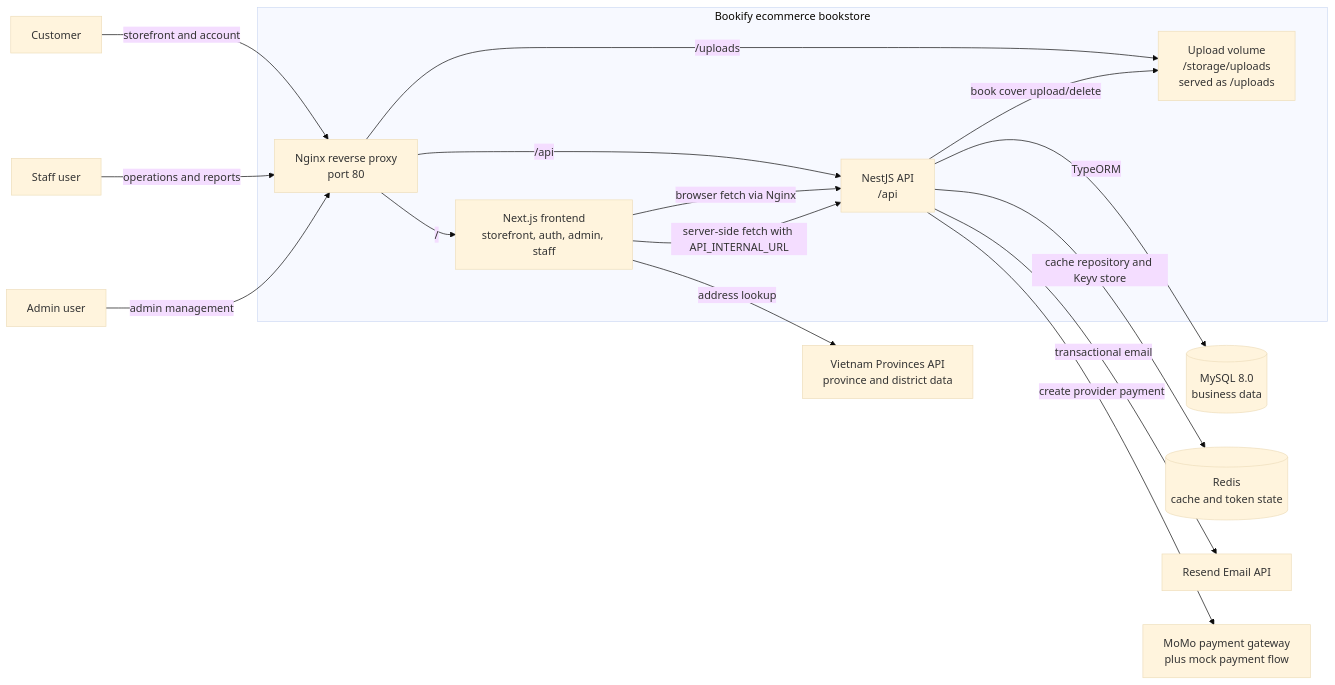
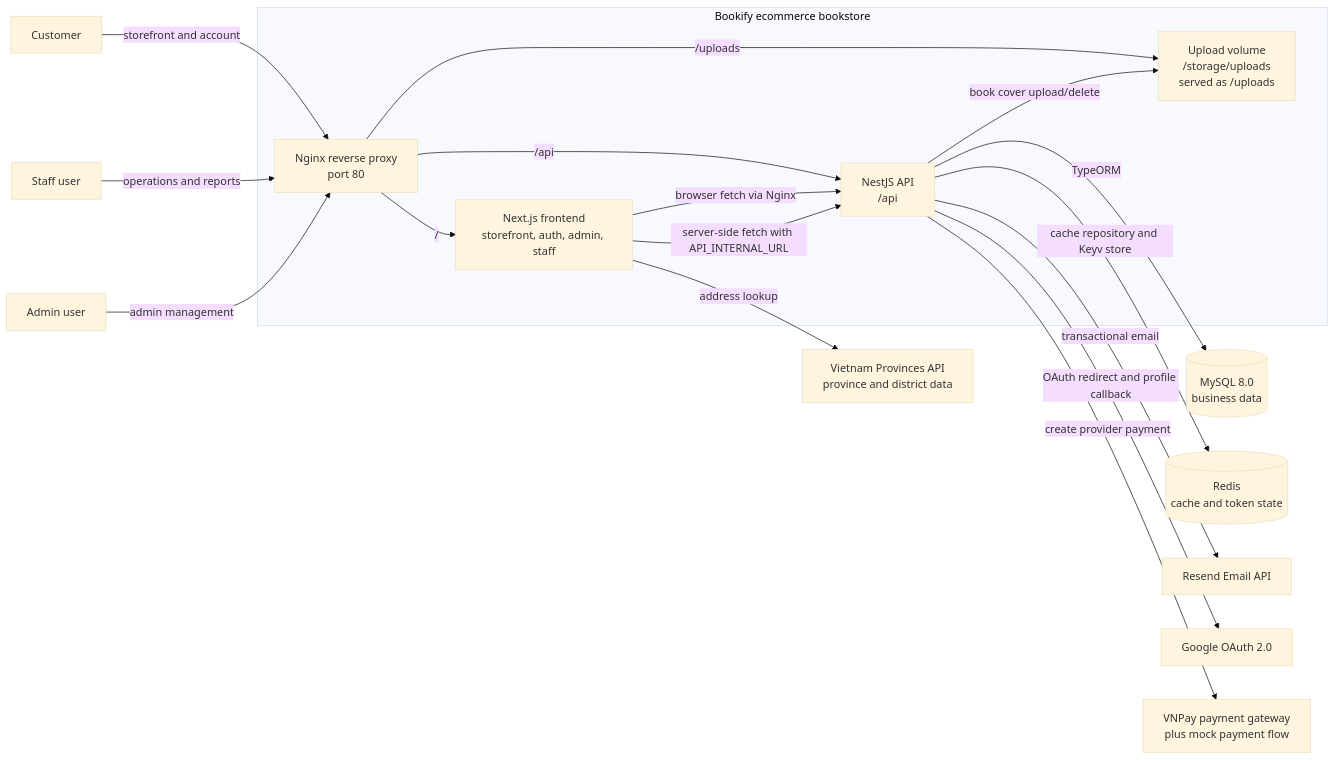
The diagram in docs/architecture/system-context-diagram.md (pham-dinh-thai/bookify-ecommerce-bookstore), drawn with Mermaid (base theme) before and after one commit. The commit also changed 9 other files, not shown here.

Commit message:
feat(oauth): update documentation and environment for Google OAuth integration; replace MoMo references with VNPay in payment flows

````diff
--- a/docs/architecture/system-context-diagram.md
+++ b/docs/architecture/system-context-diagram.md
@@ -7,37 +7,39 @@
 ```mermaid
 flowchart LR
   Customer["Customer"]
   Staff["Staff user"]
   Admin["Admin user"]
 
   subgraph Bookify["Bookify ecommerce bookstore"]
     Nginx["Nginx reverse proxy\nport 80"]
     Frontend["Next.js frontend\nstorefront, auth, admin, staff"]
     Backend["NestJS API\n/api"]
     Uploads["Upload volume\n/storage/uploads\nserved as /uploads"]
   end
 
   MySQL[("MySQL 8.0\nbusiness data")]
   Redis[("Redis\ncache and token state")]
   Resend["Resend Email API"]
-  Momo["MoMo payment gateway\nplus mock payment flow"]
+  Google["Google OAuth 2.0"]
+  Vnpay["VNPay payment gateway\nplus mock payment flow"]
   Provinces["Vietnam Provinces API\nprovince and district data"]
 
   Customer -->|storefront and account| Nginx
   Staff -->|operations and reports| Nginx
   Admin -->|admin management| Nginx
 
   Nginx -->|/| Frontend
   Nginx -->|/api| Backend
   Nginx -->|/uploads| Uploads
 
   Frontend -->|browser fetch via Nginx| Backend
   Frontend -->|server-side fetch with API_INTERNAL_URL| Backend
   Frontend -->|address lookup| Provinces
 
   Backend -->|TypeORM| MySQL
   Backend -->|cache repository and Keyv store| Redis
   Backend -->|book cover upload/delete| Uploads
   Backend -->|transactional email| Resend
-  Backend -->|create provider payment| Momo
+  Backend -->|OAuth redirect and profile callback| Google
+  Backend -->|create provider payment| Vnpay
 ```
````
